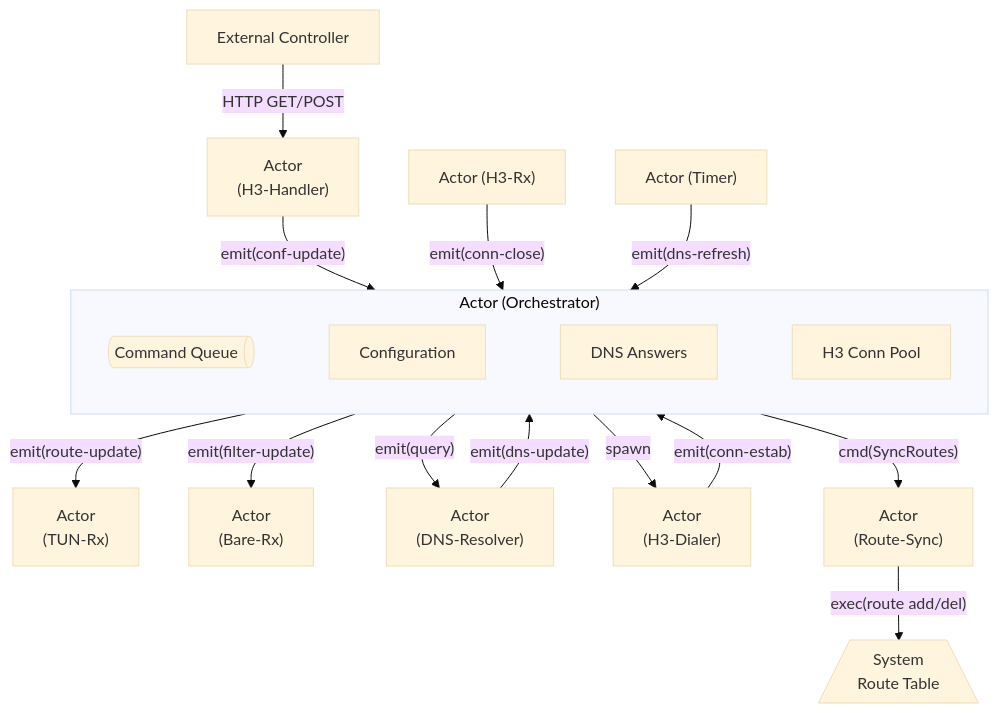
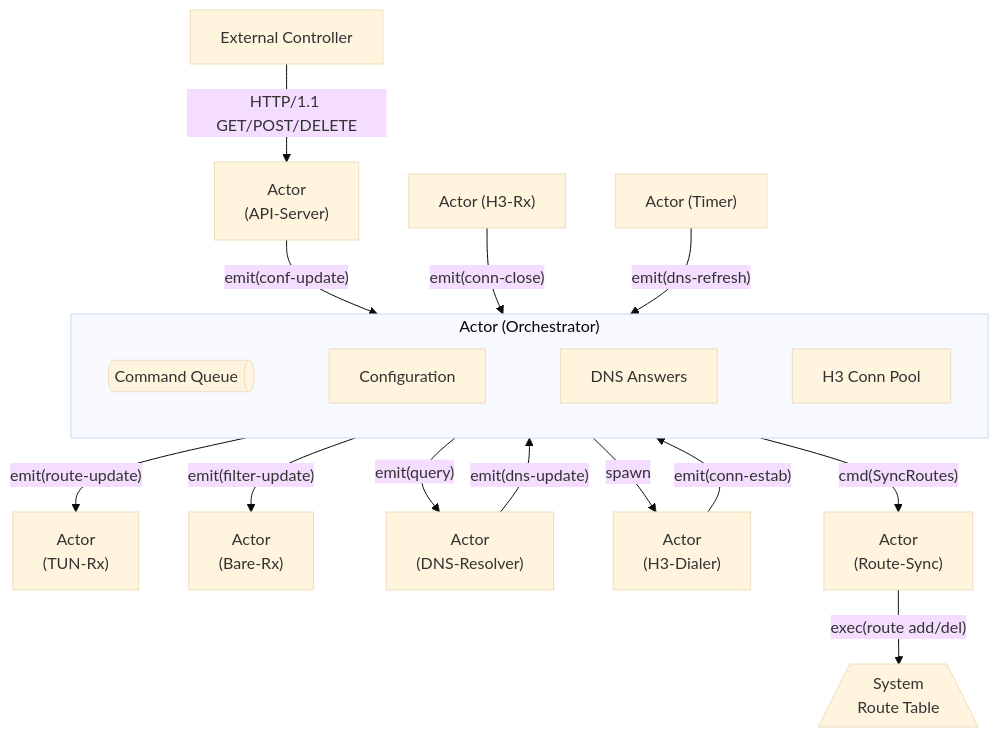
The third of 3 diagrams in docs/internals.md (sands-lab/h3llo), drawn with Mermaid (base theme) before and after one commit. The commit also changed other lines of this file and 12 other files, not shown here.

First line of the commit message:
[#357][feat] Add localhost-bound HTTP/1.1 management API with hyper

````diff
--- a/docs/internals.md
+++ b/docs/internals.md
@@ -147,32 +147,32 @@
 ```mermaid
 flowchart TB
     subgraph cr-orch["Actor (Orchestrator)"]
         oq[Command Queue]@{shape: h-cyl}
         hcp[H3 Conn Pool]
         dr[DNS Answers]
         conf[Configuration]
         oq ~~~ conf ~~~ dr ~~~ hcp
     end
 
     ctrl["External Controller"]
-    cr-h3h["Actor<br>(H3-Handler)"]
+    cr-api["Actor<br>(API-Server)"]
     cr-h3r["Actor (H3-Rx)"]
     cr-timer["Actor (Timer)"]
 
     rsys[/System<br>Route Table\]
     cr-tun["Actor<br>(TUN-Rx)"]
     cr-bare["Actor<br>(Bare-Rx)"]
     cr-dns["Actor<br>(DNS-Resolver)"]
     cr-h3d["Actor<br>(H3-Dialer)"]
 
-    ctrl -- HTTP GET/POST --> cr-h3h -- emit(conf-update) --> cr-orch
+    ctrl -- HTTP/1.1 GET/POST/DELETE --> cr-api -- emit(conf-update) --> cr-orch
     cr-h3r -- emit(conn-close) --> cr-orch
     cr-timer -- emit(dns-refresh) --> cr-orch
     
     cr-route["Actor<br>(Route-Sync)"]
     cr-orch -- cmd(SyncRoutes) --> cr-route -- exec(route add/del) --> rsys
     cr-orch -- emit(route-update) --> cr-tun
     cr-orch -- emit(query) --> cr-dns -- emit(dns-update)--> cr-orch
     cr-orch -- spawn --> cr-h3d -- emit(conn-estab) --> cr-orch
     cr-orch -- emit(filter-update) --> cr-bare
 ```
````
